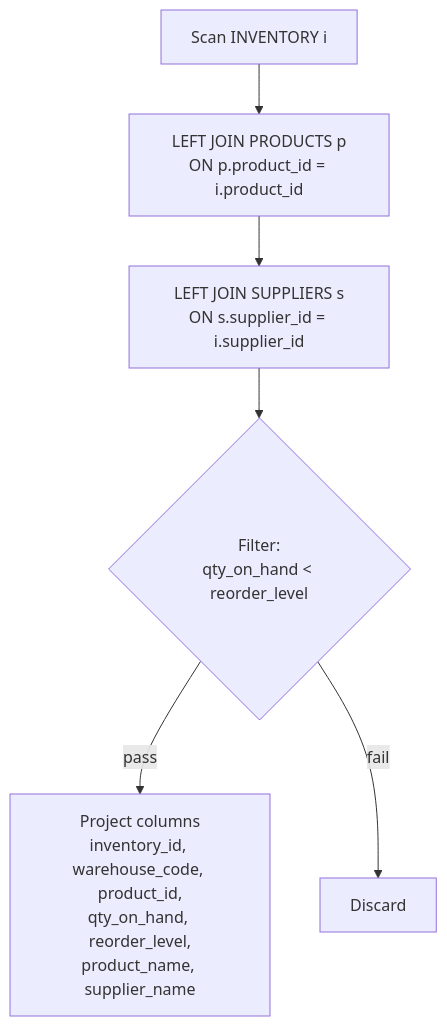
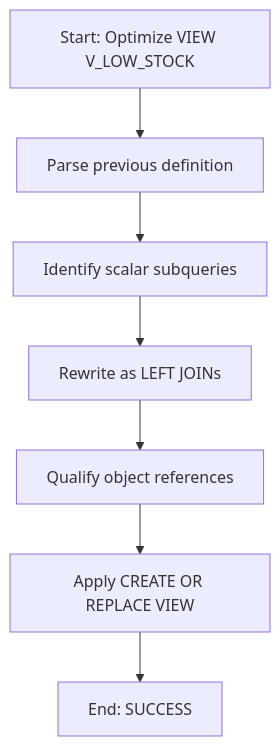
The diagram in OPT_LAB_CLONE_4/executions/V_LOW_STOCK_VIEW_2026-07-12T08:30:00Z/procedure-flow.md (JosephMoustaid/documentation-and-optimization-archive), drawn with Mermaid before and after one commit. The commit also changed other lines of this file, not shown here.

Commit message:
docs(OPT_LAB_CLONE_4): persist artifacts for V_LOW_STOCK VIEW exec-2026-07-12T08:30:00Z

````diff
--- a/OPT_LAB_CLONE_4/executions/V_LOW_STOCK_VIEW_2026-07-12T08:30:00Z/procedure-flow.md
+++ b/OPT_LAB_CLONE_4/executions/V_LOW_STOCK_VIEW_2026-07-12T08:30:00Z/procedure-flow.md
@@ -12,14 +14,9 @@
 ```mermaid
 flowchart TD
-  A[Scan INVENTORY i] --> B[LEFT JOIN PRODUCTS p
-ON p.product_id = i.product_id]
-  B --> C[LEFT JOIN SUPPLIERS s
-ON s.supplier_id = i.supplier_id]
-  C --> D{Filter:
-qty_on_hand < reorder_level}
-  D -->|pass| E[Project columns
-inventory_id, warehouse_code, product_id,
-qty_on_hand, reorder_level,
-product_name, supplier_name]
-  D -->|fail| F[Discard]
+  A[Start: Optimize VIEW V_LOW_STOCK] --> B[Parse previous definition]
+  B --> C[Identify scalar subqueries]
+  C --> D[Rewrite as LEFT JOINs]
+  D --> E[Qualify object references]
+  E --> F[Apply CREATE OR REPLACE VIEW]
+  F --> G[End: SUCCESS]
 ```
````
